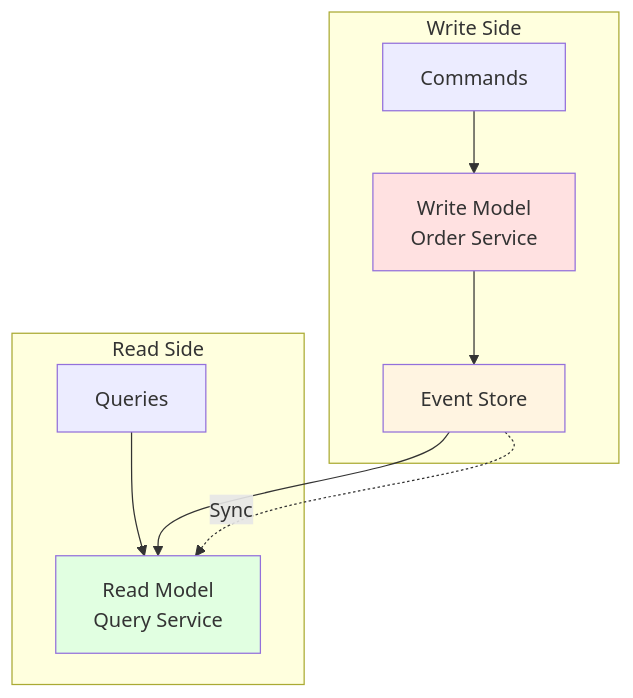
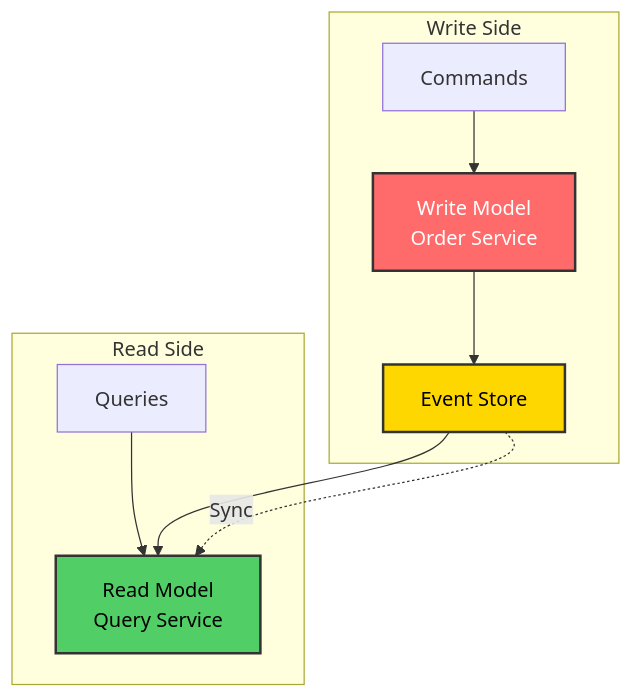
Before and after one commit to elewashy/Tanta-University: the fifth of 5 diagrams in Level_3/Semester_1/Distributed_Systems/Project/System_Architecture_in_Distributed_Systems/docs/EXERCISES.md, drawn with Mermaid. The commit also changed other lines of this file and 4 other files, not shown here.

````diff
--- a/Level_3/Semester_1/Distributed_Systems/Project/System_Architecture_in_Distributed_Systems/docs/EXERCISES.md
+++ b/Level_3/Semester_1/Distributed_Systems/Project/System_Architecture_in_Distributed_Systems/docs/EXERCISES.md
@@ -470,18 +470,18 @@
 ```mermaid
 graph TB
     subgraph "Write Side"
         Cmd[Commands] --> WriteModel[Write Model<br/>Order Service]
         WriteModel --> Events[Event Store]
     end
     
     subgraph "Read Side"
         Events --> ReadModel[Read Model<br/>Query Service]
         Query[Queries] --> ReadModel
     end
     
     Events -.->|Sync| ReadModel
     
-    style WriteModel fill:#ffe1e1
-    style ReadModel fill:#e1ffe1
-    style Events fill:#fff4e1
+    style WriteModel fill:#ff6b6b,stroke:#333,stroke-width:2px,color:#fff
+    style ReadModel fill:#51cf66,stroke:#333,stroke-width:2px,color:#000
+    style Events fill:#ffd700,stroke:#333,stroke-width:2px,color:#000
 ```
````
